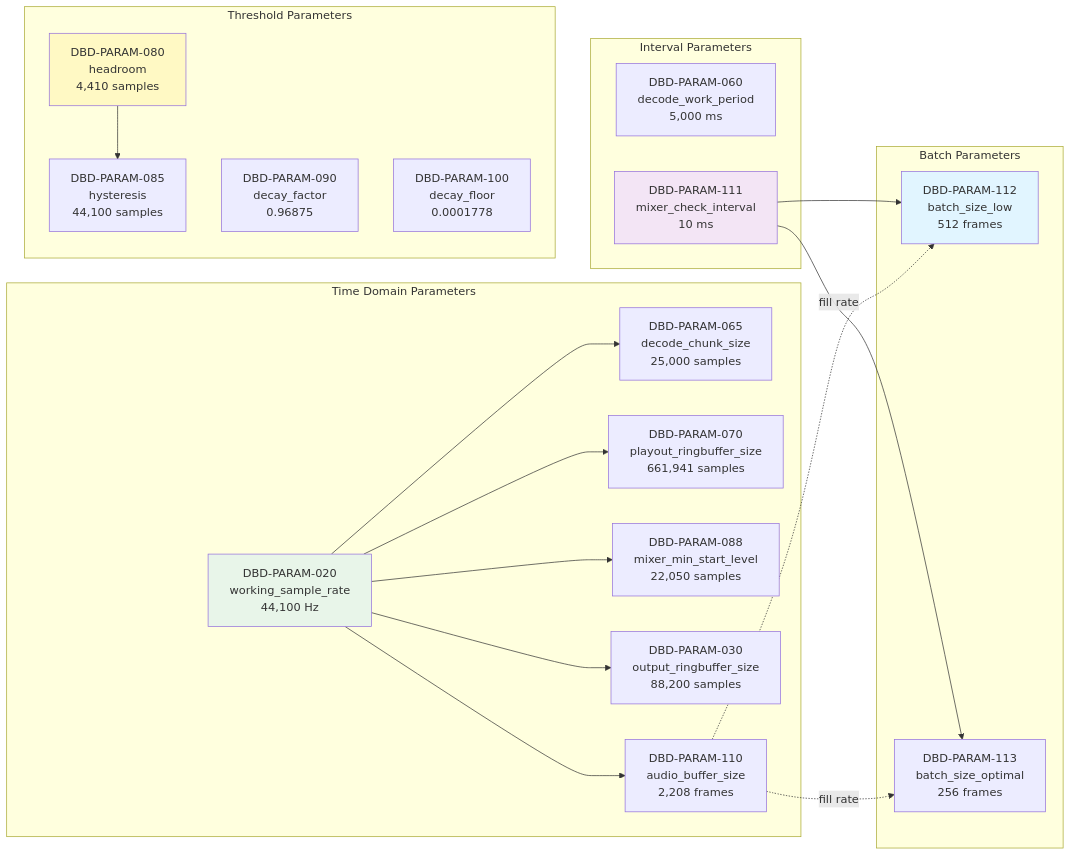
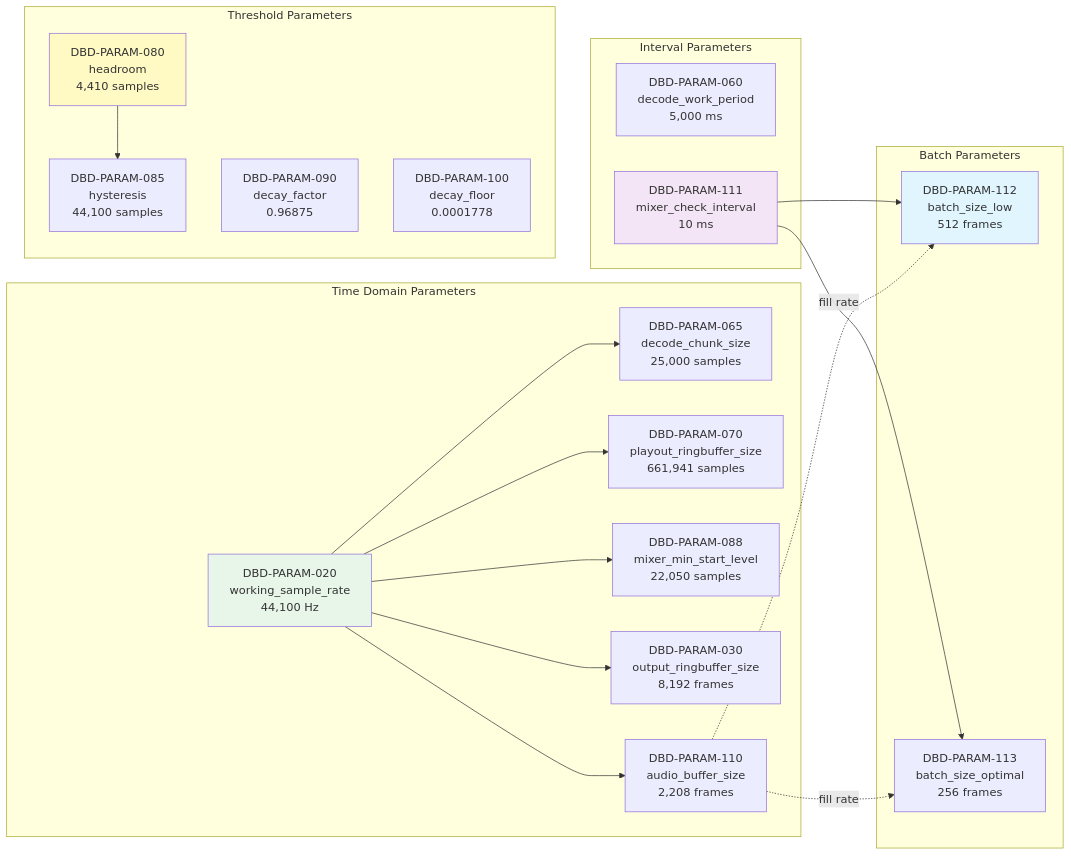
Before and after one commit to MangoCats/McRhythm: the ninth of 9 diagrams in docs/GUIDE003_audio_pipeline_diagrams.md, drawn with Mermaid. The commit also changed other lines of this file and 14 other files, not shown here.

````diff
--- a/docs/GUIDE003_audio_pipeline_diagrams.md
+++ b/docs/GUIDE003_audio_pipeline_diagrams.md
@@ -1050,47 +1050,47 @@
 ```mermaid
 graph LR
     subgraph "Time Domain Parameters"
         T20[DBD-PARAM-020<br/>working_sample_rate<br/>44,100 Hz]
         T65[DBD-PARAM-065<br/>decode_chunk_size<br/>25,000 samples]
         T70[DBD-PARAM-070<br/>playout_ringbuffer_size<br/>661,941 samples]
         T88[DBD-PARAM-088<br/>mixer_min_start_level<br/>22,050 samples]
-        T30[DBD-PARAM-030<br/>output_ringbuffer_size<br/>88,200 samples]
+        T30[DBD-PARAM-030<br/>output_ringbuffer_size<br/>8,192 frames]
         T110[DBD-PARAM-110<br/>audio_buffer_size<br/>2,208 frames]
     end
 
     subgraph "Interval Parameters"
         I60[DBD-PARAM-060<br/>decode_work_period<br/>5,000 ms]
         I111[DBD-PARAM-111<br/>mixer_check_interval<br/>10 ms]
     end
 
     subgraph "Threshold Parameters"
         TH80[DBD-PARAM-080<br/>headroom<br/>4,410 samples]
         TH85[DBD-PARAM-085<br/>hysteresis<br/>44,100 samples]
         TH90[DBD-PARAM-090<br/>decay_factor<br/>0.96875]
         TH100[DBD-PARAM-100<br/>decay_floor<br/>0.0001778]
     end
 
     subgraph "Batch Parameters"
         B112[DBD-PARAM-112<br/>batch_size_low<br/>512 frames]
         B113[DBD-PARAM-113<br/>batch_size_optimal<br/>256 frames]
     end
 
     T20 --> T65
     T20 --> T70
     T20 --> T88
     T20 --> T30
     T20 --> T110
 
     I111 --> B112
     I111 --> B113
 
     T110 -.fill rate.-> B112
     T110 -.fill rate.-> B113
 
     TH80 --> TH85
 
     style T20 fill:#e8f5e9
     style I111 fill:#f3e5f5
     style TH80 fill:#fff9c4
     style B112 fill:#e1f5ff
 ```
````
